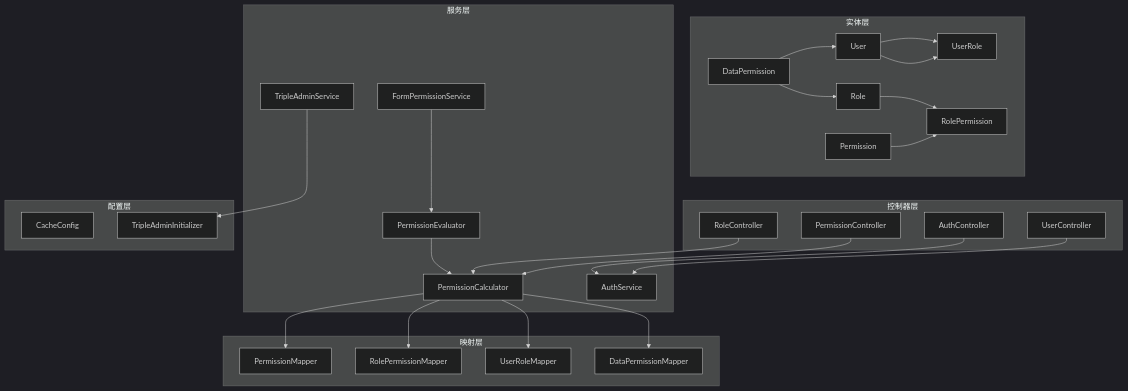
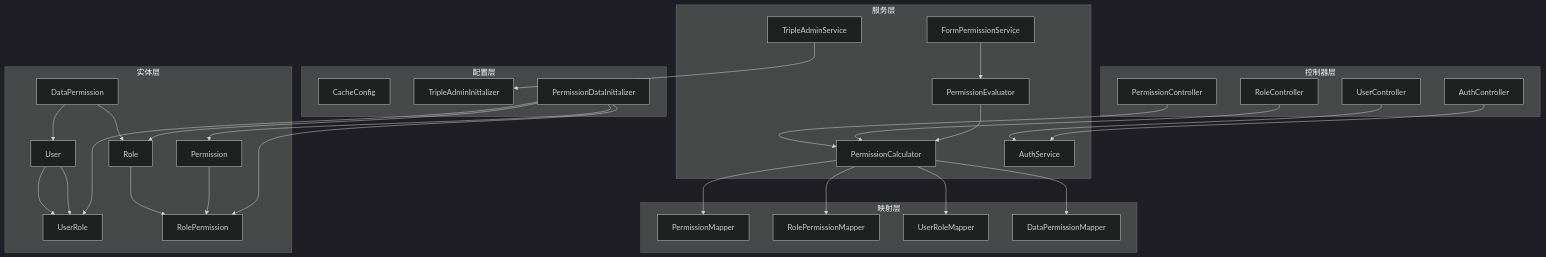
Before and after one commit to liming-lihaini/workflow: the first of 10 diagrams in .qoder/repowiki/zh/content/权限控制系统/权限控制系统.md, drawn with Mermaid (dark theme). The commit also changed other lines of this file and 46 other files, not shown here.

````diff
--- a/.qoder/repowiki/zh/content/权限控制系统/权限控制系统.md
+++ b/.qoder/repowiki/zh/content/权限控制系统/权限控制系统.md
@@ -54,51 +63,56 @@
 ```mermaid
 graph TB
 subgraph "实体层"
 U["User"]
 R["Role"]
 P["Permission"]
 UR["UserRole"]
 RP["RolePermission"]
 DP["DataPermission"]
 end
 subgraph "控制器层"
 PC["PermissionController"]
 RC["RoleController"]
 UC["UserController"]
 AC["AuthController"]
 end
 subgraph "服务层"
 PCalc["PermissionCalculator"]
 PEval["PermissionEvaluator"]
 FPerm["FormPermissionService"]
 TAdmin["TripleAdminService"]
 ASvc["AuthService"]
 end
 subgraph "映射层"
 PM["PermissionMapper"]
 RPM["RolePermissionMapper"]
 URM["UserRoleMapper"]
 DPM["DataPermissionMapper"]
 end
 subgraph "配置层"
 CC["CacheConfig"]
 TAInit["TripleAdminInitializer"]
+PDI["PermissionDataInitializer"]
 end
 U --> UR
 R --> RP
 P --> RP
 U --> UR
 DP --> U
 DP --> R
 PC --> PCalc
 RC --> PCalc
 UC --> ASvc
 AC --> ASvc
 PCalc --> PM
 PCalc --> RPM
 PCalc --> URM
 PCalc --> DPM
 PEval --> PCalc
 FPerm --> PEval
 TAdmin --> TAInit
+PDI --> P
+PDI --> R
+PDI --> UR
+PDI --> RP
 ```
````
